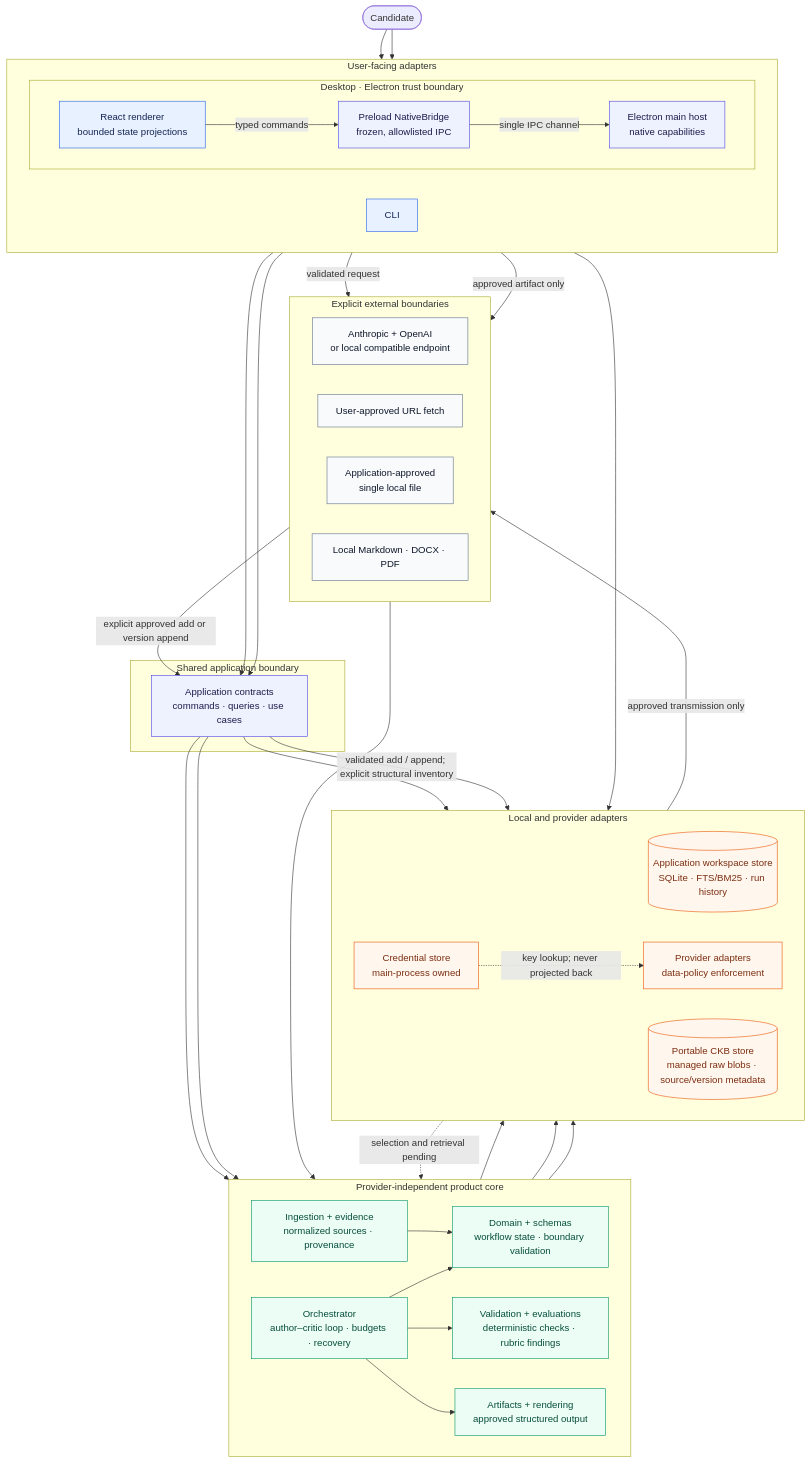
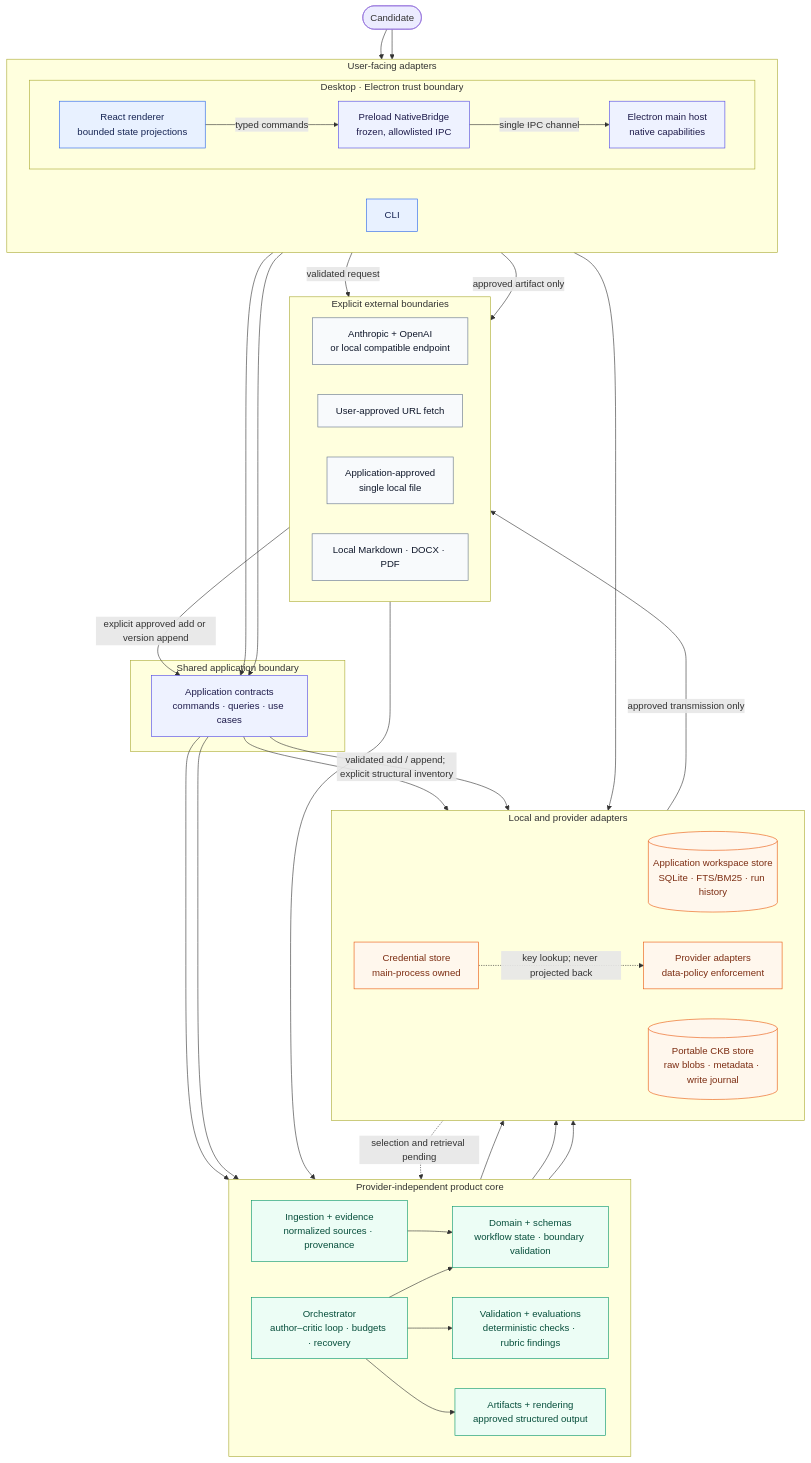
One commit to akoita/draft-loop changed the diagram in docs/architecture.md. Above: the diagram before and after it, drawn with Mermaid. The commit also changed other lines of this file and 10 other files, not shown here.

Commit message:
feat(knowledge): journal managed writes

````diff
--- a/docs/architecture.md
+++ b/docs/architecture.md
@@ -10,82 +10,82 @@
 ```mermaid
 flowchart TB
     User([Candidate])
 
     subgraph Adapters["User-facing adapters"]
         direction LR
         CLI["CLI"]
 
         subgraph Desktop["Desktop · Electron trust boundary"]
             direction LR
             Renderer["React renderer<br/>bounded state projections"]
             Bridge["Preload NativeBridge<br/>frozen, allowlisted IPC"]
             Host["Electron main host<br/>native capabilities"]
             Renderer -->|"typed commands"| Bridge
             Bridge -->|"single IPC channel"| Host
         end
     end
 
     subgraph Application["Shared application boundary"]
         App["Application contracts<br/>commands · queries · use cases"]
     end
 
     subgraph Core["Provider-independent product core"]
         direction LR
         Orchestrator["Orchestrator<br/>author–critic loop · budgets · recovery"]
         Domain["Domain + schemas<br/>workflow state · boundary validation"]
         Knowledge["Ingestion + evidence<br/>normalized sources · provenance"]
         Quality["Validation + evaluations<br/>deterministic checks · rubric findings"]
         Artifacts["Artifacts + rendering<br/>approved structured output"]
         Orchestrator --> Domain
         Knowledge --> Domain
         Orchestrator --> Quality
         Orchestrator --> Artifacts
     end
 
     subgraph Infrastructure["Local and provider adapters"]
         direction LR
         WorkspaceStore[("Application workspace store<br/>SQLite · FTS/BM25 · run history")]
-        CKBStore[("Portable CKB store<br/>managed raw blobs · source/version metadata")]
+        CKBStore[("Portable CKB store<br/>raw blobs · metadata · write journal")]
         Providers["Provider adapters<br/>data-policy enforcement"]
         Credentials["Credential store<br/>main-process owned"]
     end
 
     subgraph External["Explicit external boundaries"]
         direction LR
         Models["Anthropic + OpenAI<br/>or local compatible endpoint"]
         URL["User-approved URL fetch"]
         LocalFile["Application-approved<br/>single local file"]
         Export["Local Markdown · DOCX · PDF"]
     end
 
     User --> CLI
     User --> Renderer
     CLI --> App
     Host --> App
     App --> Orchestrator
     App --> Knowledge
     App --> WorkspaceStore
     Domain --> WorkspaceStore
     Knowledge --> WorkspaceStore
     App -->|"validated add / append; explicit structural inventory"| CKBStore
     CKBStore -.->|"selection and retrieval pending"| Knowledge
     Orchestrator --> Providers
     Host --> Credentials
     Credentials -.->|"key lookup; never projected back"| Providers
     Providers -->|"approved transmission only"| Models
     Host -->|"validated request"| URL
     URL --> Knowledge
     LocalFile -->|"explicit approved add or version append"| App
     Host -->|"approved artifact only"| Export
 
     classDef ui fill:#e8f1ff,stroke:#2563eb,color:#172554;
     classDef boundary fill:#eef2ff,stroke:#4f46e5,color:#1e1b4b;
     classDef core fill:#ecfdf5,stroke:#059669,color:#064e3b;
     classDef infra fill:#fff7ed,stroke:#ea580c,color:#7c2d12;
     classDef external fill:#f8fafc,stroke:#64748b,color:#0f172a;
     class CLI,Renderer ui;
     class Bridge,Host,App boundary;
     class Orchestrator,Domain,Knowledge,Quality,Artifacts core;
     class WorkspaceStore,CKBStore,Providers,Credentials infra;
     class Models,URL,LocalFile,Export external;
 ```
````
